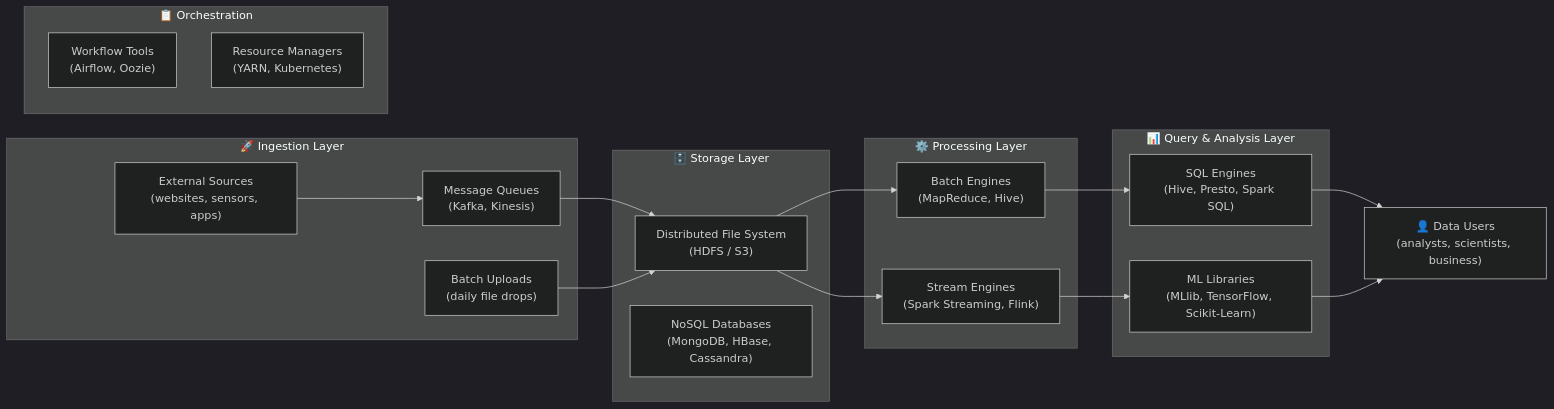
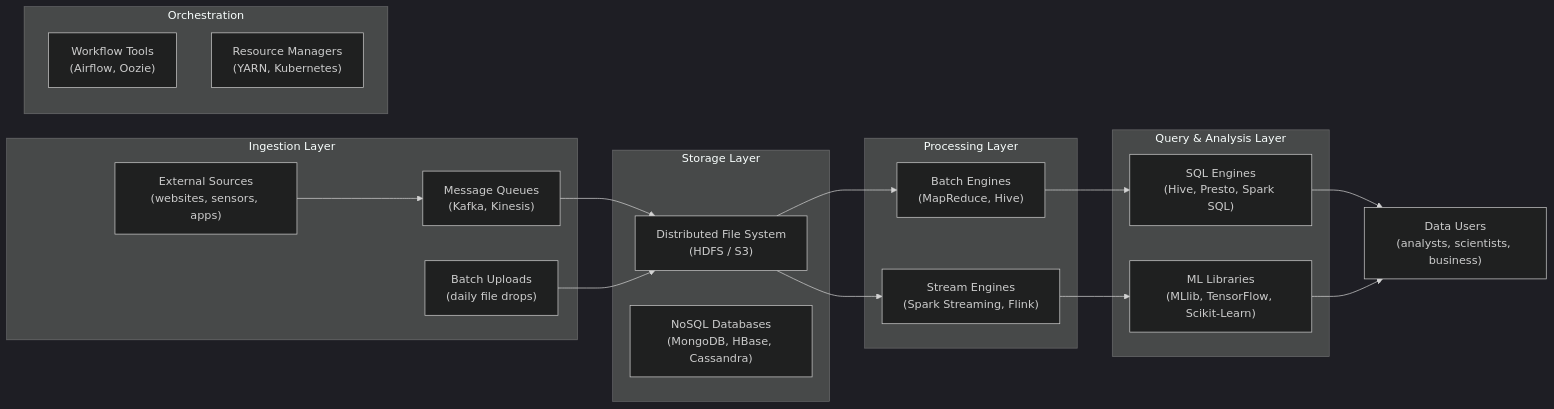
One commit to NK2552003/Big-Data-Survival-Guide changed the third of 9 diagrams in UNITS/UNIT 1/unit-1-english-fun.md. Above: the diagram before and after it, drawn with Mermaid (dark theme). The commit also changed other lines of this file and 78 other files, not shown here.

````diff
--- a/UNITS/UNIT 1/unit-1-english-fun.md
+++ b/UNITS/UNIT 1/unit-1-english-fun.md
@@ -234,31 +234,31 @@
 ```mermaid
 flowchart LR
-    subgraph Ingestion["🚀 Ingestion Layer"]
-        A["External Sources\n(websites, sensors, apps)"]
-        B["Message Queues\n(Kafka, Kinesis)"]
-        C["Batch Uploads\n(daily file drops)"]
-    end
-    subgraph Storage["🗄️ Storage Layer"]
-        D["Distributed File System\n(HDFS / S3)"]
-        E["NoSQL Databases\n(MongoDB, HBase, Cassandra)"]
-    end
-    subgraph Processing["⚙️ Processing Layer"]
-        F["Batch Engines\n(MapReduce, Hive)"]
-        G["Stream Engines\n(Spark Streaming, Flink)"]
-    end
-    subgraph Analysis["📊 Query & Analysis Layer"]
-        H["SQL Engines\n(Hive, Presto, Spark SQL)"]
-        I["ML Libraries\n(MLlib, TensorFlow, Scikit-Learn)"]
-    end
-    subgraph Orchestration["📋 Orchestration"]
-        J["Workflow Tools\n(Airflow, Oozie)"]
-        K["Resource Managers\n(YARN, Kubernetes)"]
-    end
+ subgraph Ingestion[" Ingestion Layer"]
+ A["External Sources\n(websites, sensors, apps)"]
+ B["Message Queues\n(Kafka, Kinesis)"]
+ C["Batch Uploads\n(daily file drops)"]
+ end
+ subgraph Storage[" Storage Layer"]
+ D["Distributed File System\n(HDFS / S3)"]
+ E["NoSQL Databases\n(MongoDB, HBase, Cassandra)"]
+ end
+ subgraph Processing[" Processing Layer"]
+ F["Batch Engines\n(MapReduce, Hive)"]
+ G["Stream Engines\n(Spark Streaming, Flink)"]
+ end
+ subgraph Analysis[" Query & Analysis Layer"]
+ H["SQL Engines\n(Hive, Presto, Spark SQL)"]
+ I["ML Libraries\n(MLlib, TensorFlow, Scikit-Learn)"]
+ end
+ subgraph Orchestration[" Orchestration"]
+ J["Workflow Tools\n(Airflow, Oozie)"]
+ K["Resource Managers\n(YARN, Kubernetes)"]
+ end
 
-    A --> B --> D
-    C --> D
-    D --> F --> H
-    D --> G --> I
-    H --> Users["👤 Data Users\n(analysts, scientists, business)"]
-    I --> Users
+ A --> B --> D
+ C --> D
+ D --> F --> H
+ D --> G --> I
+ H --> Users[" Data Users\n(analysts, scientists, business)"]
+ I --> Users
 ```
````
